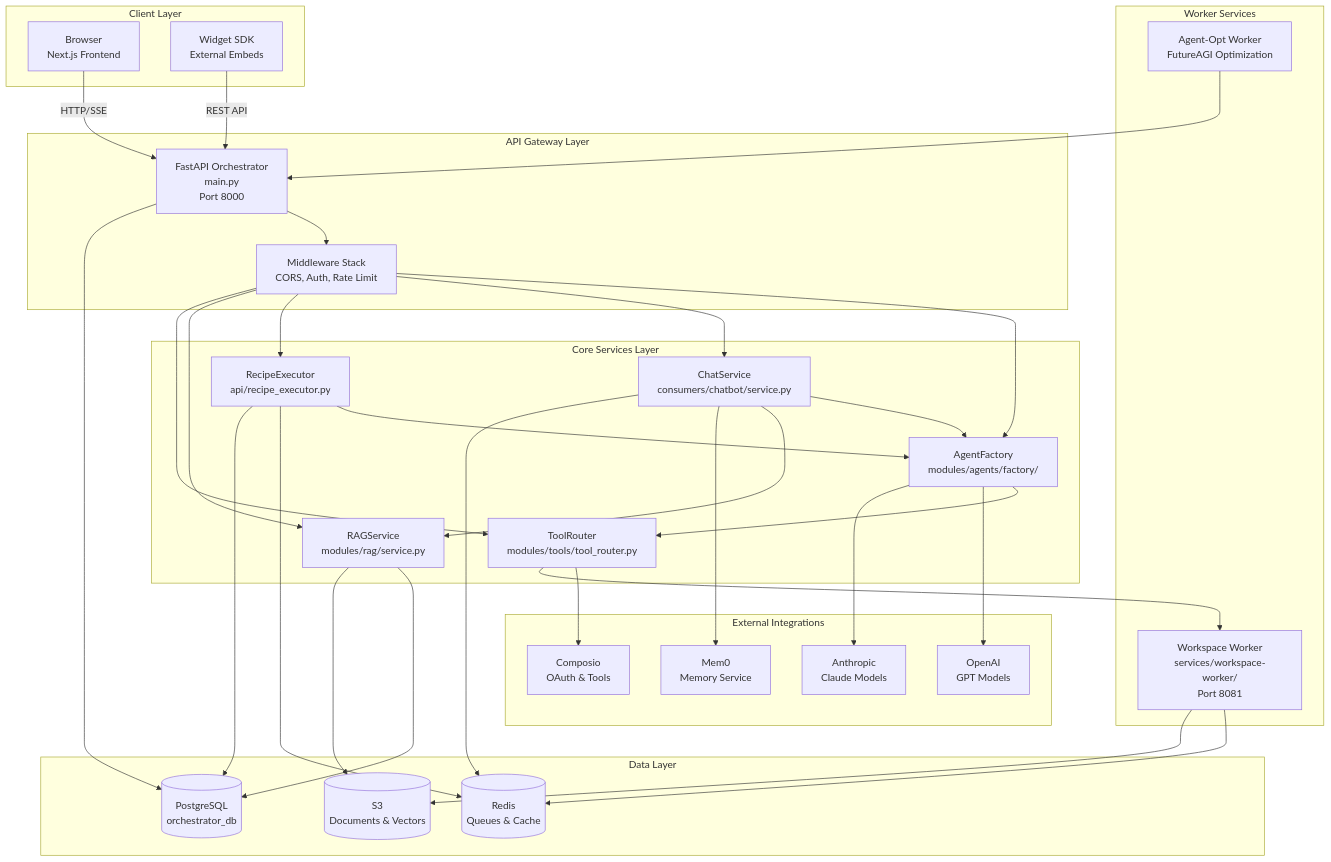
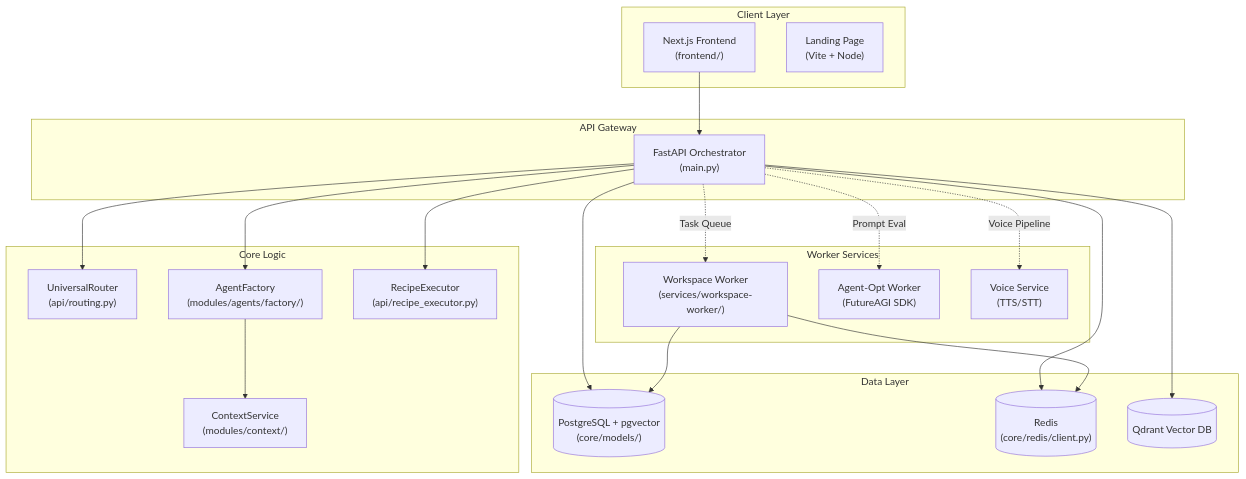
Before and after one commit to AutomatosAI/automatos-ai: the first of 2 diagrams in docs/overview/system-architecture.md, drawn with Mermaid. The commit also changed other lines of this file and 149 other files, not shown here.

Commit message:
docs: refresh documentation with graphify semantic scan

````diff
--- a/docs/overview/system-architecture.md
+++ b/docs/overview/system-architecture.md
@@ -50,73 +54,47 @@
 ```mermaid
 graph TB
-    subgraph ClientLayer["Client Layer"]
-        Browser["Browser<br/>Next.js Frontend"]
-        SDK["Widget SDK<br/>External Embeds"]
+    subgraph "Client Layer"
+        Browser["Next.js Frontend<br/>(frontend/)"]
+        Landing["Landing Page<br/>(Vite + Node)"]
     end
     
-    subgraph APIGateway["API Gateway Layer"]
-        FastAPI["FastAPI Orchestrator<br/>main.py<br/>Port 8000"]
-        Middleware["Middleware Stack<br/>CORS, Auth, Rate Limit"]
+    subgraph "API Gateway"
+        FastAPI["FastAPI Orchestrator<br/>(main.py)"]
     end
     
-    subgraph CoreServices["Core Services Layer"]
-        AgentFactory["AgentFactory<br/>modules/agents/factory/"]
-        ChatService["ChatService<br/>consumers/chatbot/service.py"]
-        RecipeExecutor["RecipeExecutor<br/>api/recipe_executor.py"]
-        RAGService["RAGService<br/>modules/rag/service.py"]
-        ToolRouter["ToolRouter<br/>modules/tools/tool_router.py"]
+    subgraph "Core Logic"
+        Router["UniversalRouter<br/>(api/routing.py)"]
+        AgentFactory["AgentFactory<br/>(modules/agents/factory/)"]
+        RecipeExec["RecipeExecutor<br/>(api/recipe_executor.py)"]
+        ContextSvc["ContextService<br/>(modules/context/)"]
     end
     
-    subgraph Workers["Worker Services"]
-        WorkspaceWorker["Workspace Worker<br/>services/workspace-worker/<br/>Port 8081"]
-        AgentOptWorker["Agent-Opt Worker<br/>FutureAGI Optimization"]
+    subgraph "Data Layer"
+        Postgres[("PostgreSQL + pgvector<br/>(core/models/)")]
+        Redis[("Redis<br/>(core/redis/client.py)")]
+        Qdrant[("Qdrant Vector DB")]
     end
     
-    subgraph External["External Integrations"]
-        Composio["Composio<br/>OAuth & Tools"]
-        OpenAI["OpenAI<br/>GPT Models"]
-        Anthropic["Anthropic<br/>Claude Models"]
-        Mem0["Mem0<br/>Memory Service"]
+    subgraph "Worker Services"
+        WorkspaceWorker["Workspace Worker<br/>(services/workspace-worker/)"]
+        AgentOpt["Agent-Opt Worker<br/>(FutureAGI SDK)"]
+        VoiceSvc["Voice Service<br/>(TTS/STT)"]
     end
     
-    subgraph DataLayer["Data Layer"]
-        PostgreSQL[("PostgreSQL<br/>orchestrator_db")]
-        Redis[("Redis<br/>Queues & Cache")]
-        S3[("S3<br/>Documents & Vectors")]
-    end
+    Browser --> FastAPI
+    FastAPI --> Router
+    FastAPI --> RecipeExec
+    FastAPI --> AgentFactory
+    AgentFactory --> ContextSvc
     
-    Browser -->|"HTTP/SSE"| FastAPI
-    SDK -->|"REST API"| FastAPI
+    FastAPI --> Postgres
+    FastAPI --> Redis
+    FastAPI --> Qdrant
     
-    FastAPI --> Middleware
-    Middleware --> AgentFactory
-    Middleware --> ChatService
-    Middleware --> RecipeExecutor
-    Middleware --> RAGService
-    Middleware --> ToolRouter
+    FastAPI -.->|"Task Queue"| WorkspaceWorker
+    FastAPI -.->|"Prompt Eval"| AgentOpt
+    FastAPI -.->|"Voice Pipeline"| VoiceSvc
     
-    ChatService --> AgentFactory
-    RecipeExecutor --> AgentFactory
-    AgentFactory --> ToolRouter
-    ChatService --> RAGService
-    
-    ToolRouter --> Composio
-    ToolRouter --> WorkspaceWorker
-    
-    RecipeExecutor --> Redis
+    WorkspaceWorker --> Postgres
     WorkspaceWorker --> Redis
-    
-    AgentFactory --> OpenAI
-    AgentFactory --> Anthropic
-    ChatService --> Mem0
-    
-    FastAPI --> PostgreSQL
-    RecipeExecutor --> PostgreSQL
-    RAGService --> PostgreSQL
-    
-    ChatService --> Redis
-    RAGService --> S3
-    WorkspaceWorker --> S3
-    
-    AgentOptWorker --> FastAPI
 ```
````
